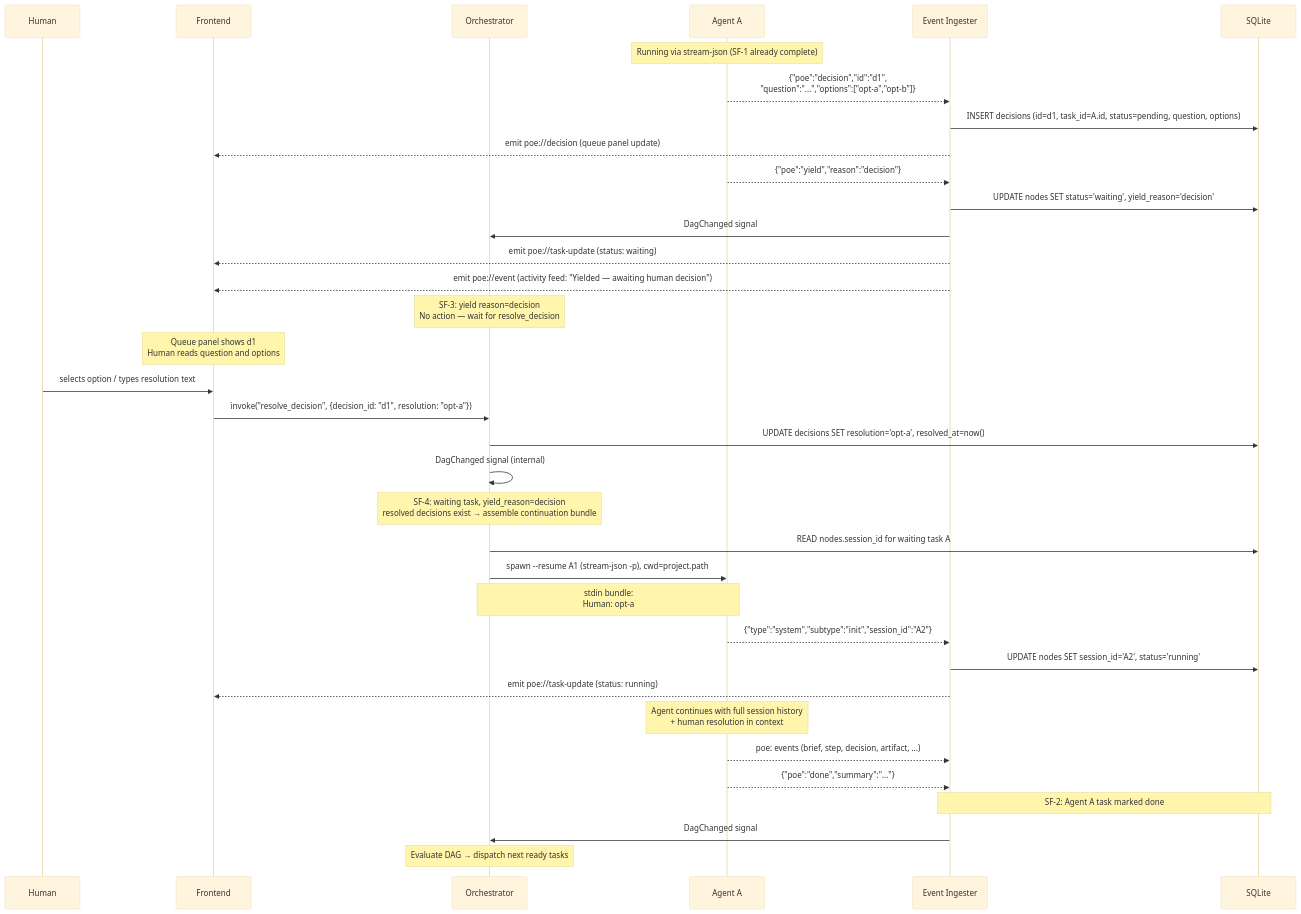
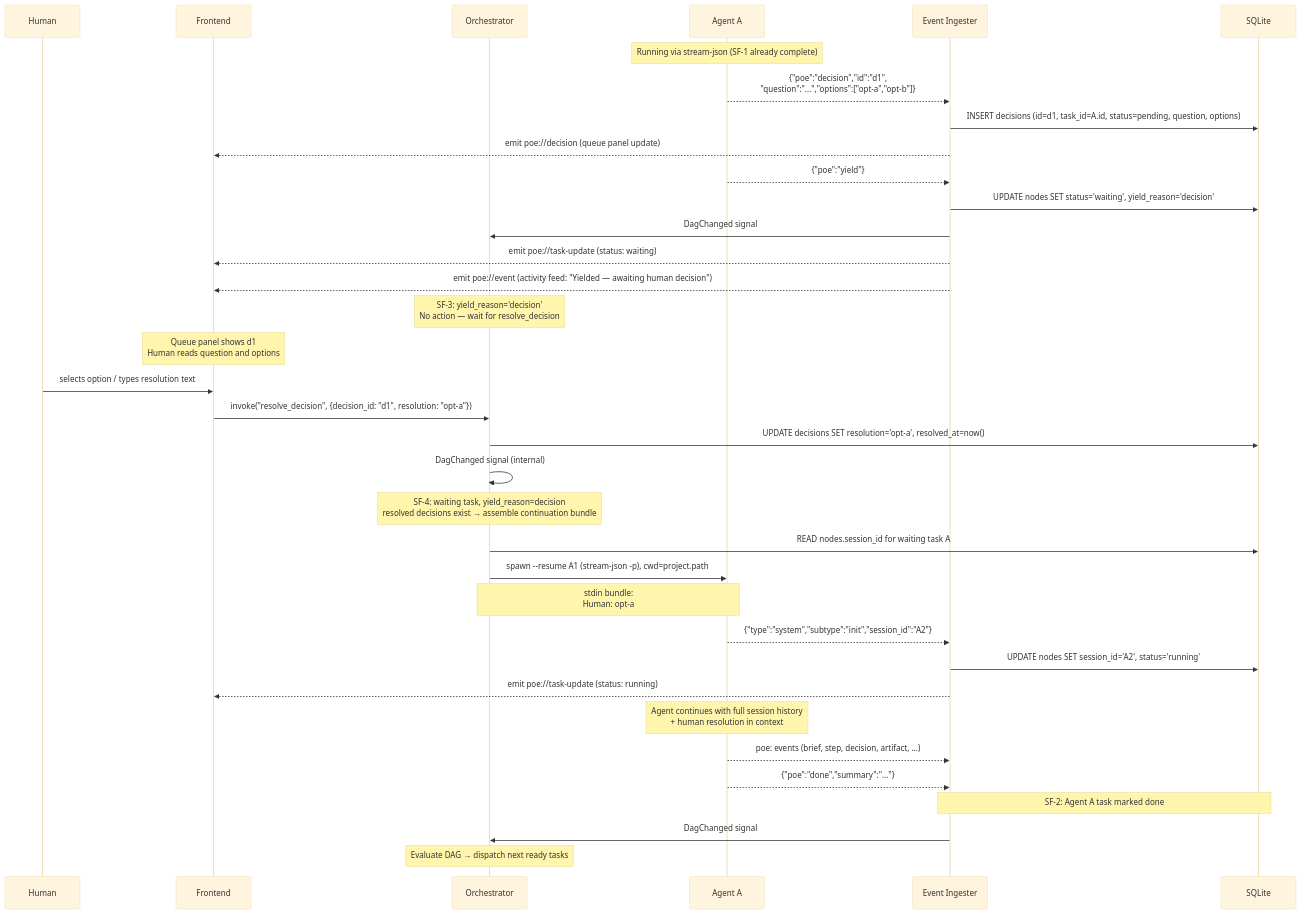
The second of 10 diagrams in doc-POE/Flows.md (grant-traynor/bp6), drawn with Mermaid (base theme) before and after one commit. The commit also changed other lines of this file and 3 other files, not shown here.

````diff
--- a/doc-POE/Flows.md
+++ b/doc-POE/Flows.md
@@ -391,49 +393,49 @@
 ```mermaid
 sequenceDiagram
     participant Human as Human
     participant FE as Frontend
     participant Orch as Orchestrator
     participant A as Agent A
     participant Ing as Event Ingester
     participant DB as SQLite
 
     Note over A: Running via stream-json (SF-1 already complete)
 
     A-->>Ing: {"poe":"decision","id":"d1",<br/>"question":"...","options":["opt-a","opt-b"]}
     Ing->>DB: INSERT decisions (id=d1, task_id=A.id, status=pending, question, options)
     Ing-->>FE: emit poe://decision (queue panel update)
 
-    A-->>Ing: {"poe":"yield","reason":"decision"}
+    A-->>Ing: {"poe":"yield"}
     Ing->>DB: UPDATE nodes SET status='waiting', yield_reason='decision'
     Ing->>Orch: DagChanged signal
     Ing-->>FE: emit poe://task-update (status: waiting)
     Ing-->>FE: emit poe://event (activity feed: "Yielded — awaiting human decision")
 
-    Note over Orch: SF-3: yield reason=decision<br/>No action — wait for resolve_decision
+    Note over Orch: SF-3: yield_reason='decision'<br/>No action — wait for resolve_decision
 
     Note over FE: Queue panel shows d1<br/>Human reads question and options
 
     Human->>FE: selects option / types resolution text
     FE->>Orch: invoke("resolve_decision", {decision_id: "d1", resolution: "opt-a"})
 
     Orch->>DB: UPDATE decisions SET resolution='opt-a', resolved_at=now()
     Orch->>Orch: DagChanged signal (internal)
 
     Note over Orch: SF-4: waiting task, yield_reason=decision<br/>resolved decisions exist → assemble continuation bundle
 
     Orch->>DB: READ nodes.session_id for waiting task A
     Orch->>A: spawn --resume A1 (stream-json -p), cwd=project.path
     Note over Orch,A: stdin bundle:<br/>Human: opt-a
 
     A-->>Ing: {"type":"system","subtype":"init","session_id":"A2"}
     Ing->>DB: UPDATE nodes SET session_id='A2', status='running'
     Ing-->>FE: emit poe://task-update (status: running)
 
     Note over A: Agent continues with full session history<br/>+ human resolution in context
 
     A-->>Ing: poe: events (brief, step, decision, artifact, ...)
     A-->>Ing: {"poe":"done","summary":"..."}
     Note over Ing,DB: SF-2: Agent A task marked done
     Ing->>Orch: DagChanged signal
     Note over Orch: Evaluate DAG → dispatch next ready tasks
 ```
````
